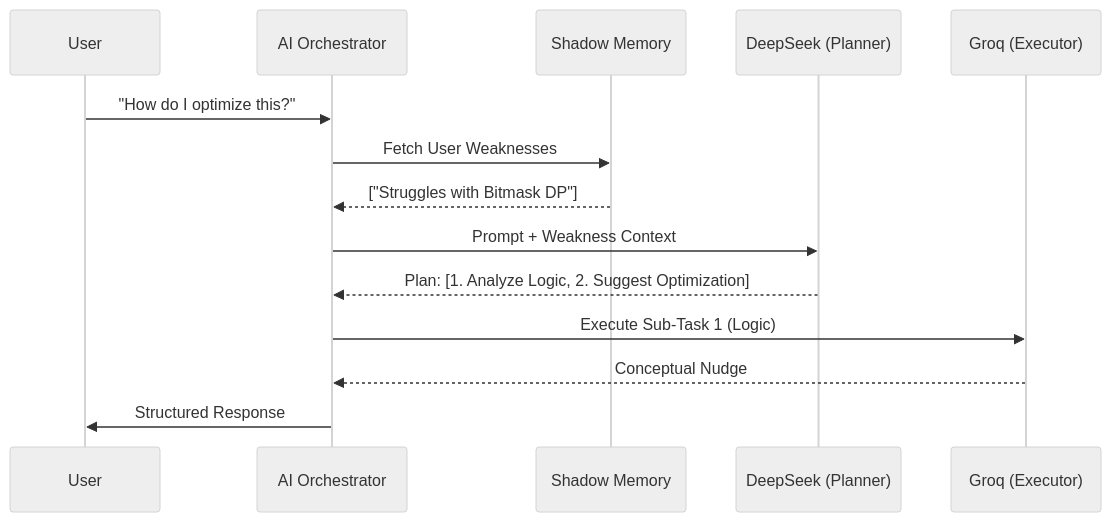
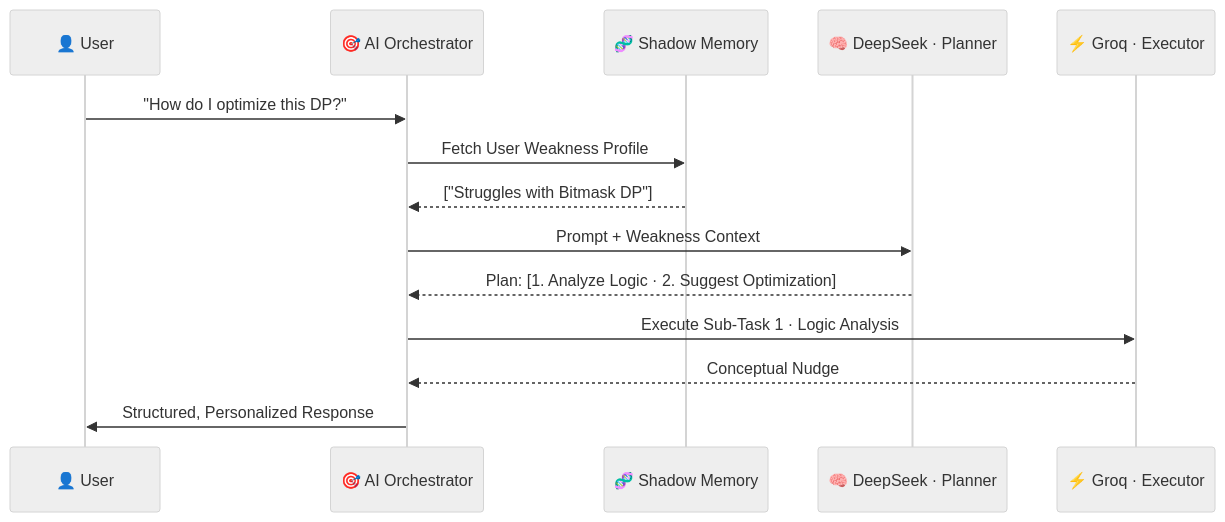
One commit to arhamxfarooqui/AXIOS-GO changed the fourth of 4 diagrams in README.md. Above: the diagram before and after it, drawn with Mermaid (neutral theme). The commit also changed other lines of this file, not shown here.

````diff
--- a/README.md
+++ b/README.md
@@ -136,17 +240,17 @@
 ```mermaid
 sequenceDiagram
-    participant User
-    participant Orch as AI Orchestrator
-    participant SM as Shadow Memory
-    participant DeepSeek as DeepSeek (Planner)
-    participant Groq as Groq (Executor)
-    
-    User->>Orch: "How do I optimize this?"
-    Orch->>SM: Fetch User Weaknesses
+    participant User as 👤 User
+    participant Orch as 🎯 AI Orchestrator
+    participant SM as 🧬 Shadow Memory
+    participant DeepSeek as 🧠 DeepSeek · Planner
+    participant Groq as ⚡ Groq · Executor
+
+    User->>Orch: "How do I optimize this DP?"
+    Orch->>SM: Fetch User Weakness Profile
     SM-->>Orch: ["Struggles with Bitmask DP"]
     Orch->>DeepSeek: Prompt + Weakness Context
-    DeepSeek-->>Orch: Plan: [1. Analyze Logic, 2. Suggest Optimization]
-    Orch->>Groq: Execute Sub-Task 1 (Logic)
+    DeepSeek-->>Orch: Plan: [1. Analyze Logic · 2. Suggest Optimization]
+    Orch->>Groq: Execute Sub-Task 1 · Logic Analysis
     Groq-->>Orch: Conceptual Nudge
-    Orch->>User: Structured Response
+    Orch->>User: Structured, Personalized Response
 ```
````
